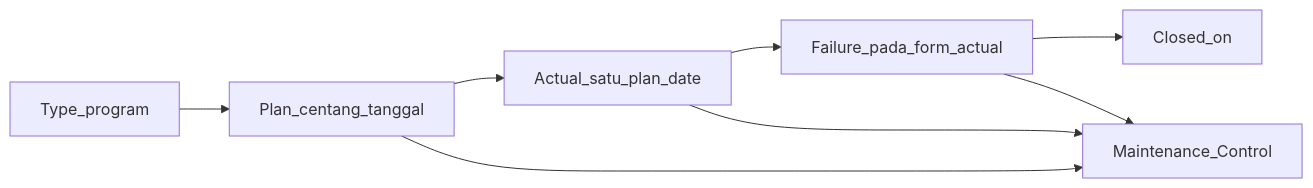
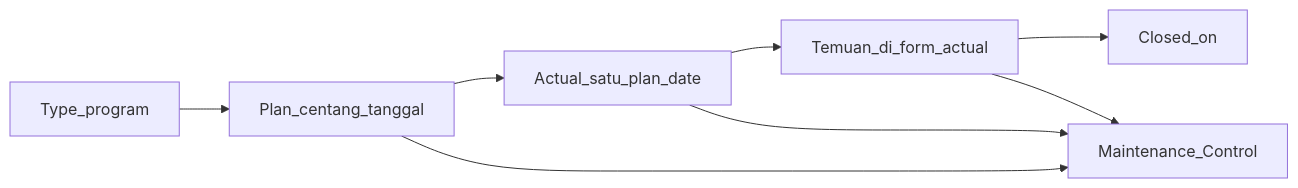
The diagram in docs/user-manual/maintenance/ARKA-PCR-Maintenance-User-Manual.md (frizkyramadhan/arka-pcr-new), drawn with Mermaid before and after one commit. The commit also changed other lines of this file and 11 other files, not shown here.

````diff
--- a/docs/user-manual/maintenance/ARKA-PCR-Maintenance-User-Manual.md
+++ b/docs/user-manual/maintenance/ARKA-PCR-Maintenance-User-Manual.md
@@ -294,10 +487,10 @@
 ```mermaid
 flowchart LR
   Type[Type_program] --> Plan[Plan_centang_tanggal]
   Plan --> Actual[Actual_satu_plan_date]
-  Actual --> Finding[Failure_pada_form_actual]
+  Actual --> Finding[Temuan_di_form_actual]
   Finding --> Close[Closed_on]
   Plan --> Dash[Maintenance_Control]
   Actual --> Dash
   Finding --> Dash
 ```
````
